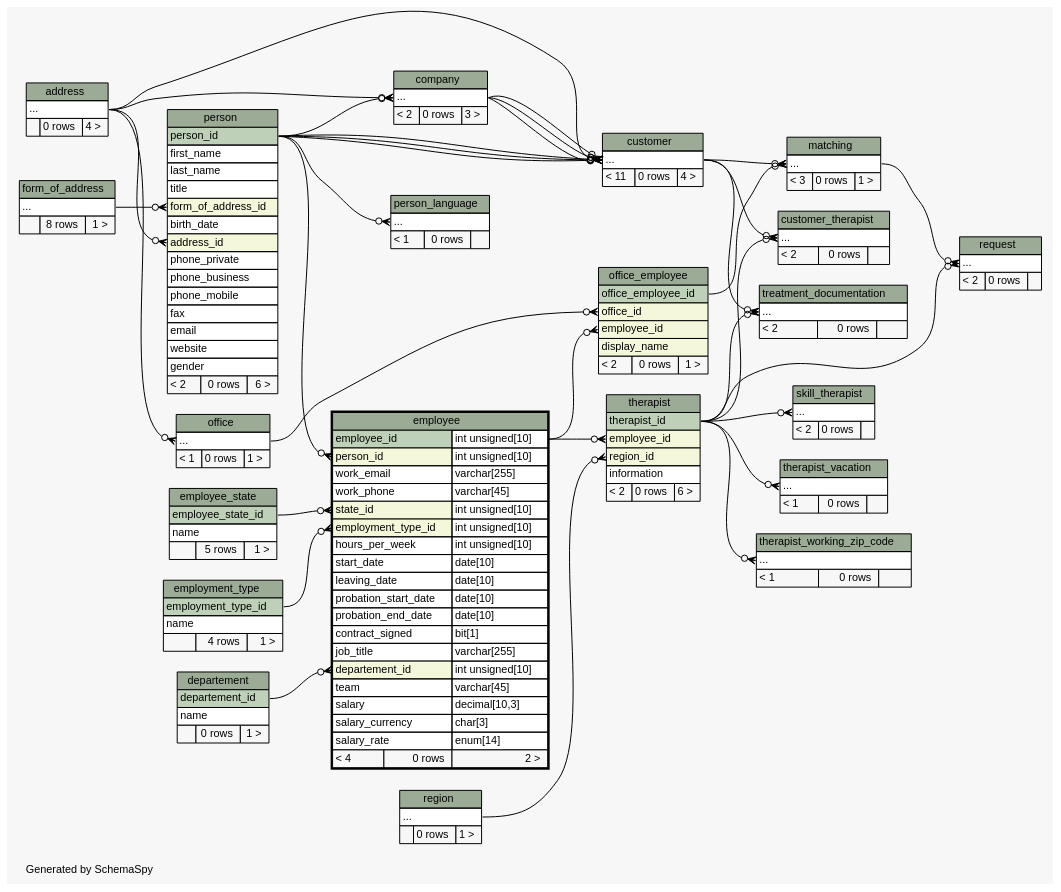
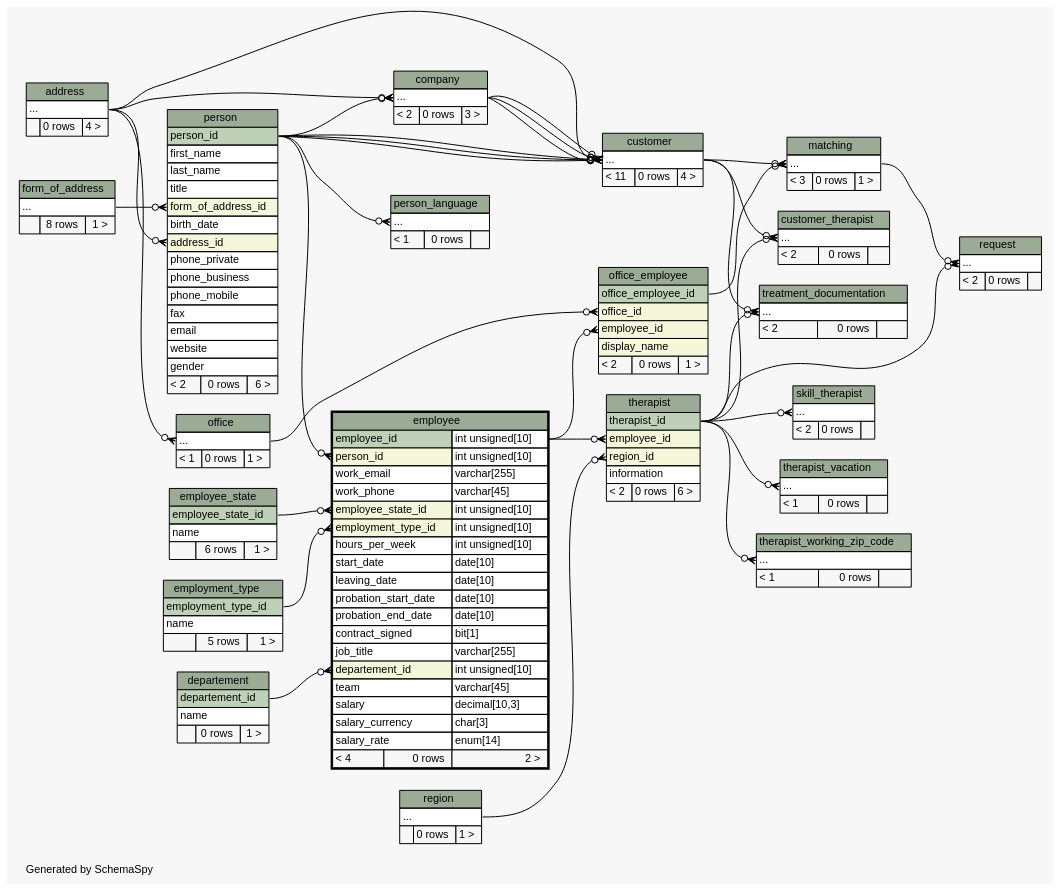
One commit to KaiBMP/KaiBMP.github.io changed the diagram in diagrams/employee.2degrees.dot. Above: the diagram before and after it, drawn with Graphviz. The commit also changed 87 other files, not shown here.

Commit message:
schemaspy update

```diff
--- a/diagrams/employee.2degrees.dot
+++ b/diagrams/employee.2degrees.dot
@@ -31,9 +31,9 @@
   "customer_therapist":"elipses":w -> "customer":"elipses":e [arrowhead=none dir=back arrowtail=crowodot];
   "customer_therapist":"elipses":w -> "therapist":"therapist_id":e [arrowhead=none dir=back arrowtail=crowodot];
   "employee":"departement_id":w -> "departement":"departement_id":e [arrowhead=none dir=back arrowtail=crowodot];
+  "employee":"employee_state_id":w -> "employee_state":"employee_state_id":e [arrowhead=none dir=back arrowtail=crowodot];
   "employee":"employment_type_id":w -> "employment_type":"employment_type_id":e [arrowhead=none dir=back arrowtail=crowodot];
   "employee":"person_id":w -> "person":"person_id":e [arrowhead=none dir=back arrowtail=crowodot];
-  "employee":"state_id":w -> "employee_state":"employee_state_id":e [arrowhead=none dir=back arrowtail=crowodot];
   "matching":"elipses":w -> "customer":"elipses":e [arrowhead=none dir=back arrowtail=crowodot];
   "matching":"elipses":w -> "office_employee":"office_employee_id":e [arrowhead=none dir=back arrowtail=crowodot];
   "office":"elipses":w -> "address":"elipses":e [arrowhead=none dir=back arrowtail=crowodot];
@@ -110,7 +110,7 @@
       <TR><TD PORT="person_id" COLSPAN="2" BGCOLOR="#f4f7da" ALIGN="LEFT">person_id</TD><TD PORT="person_id.type" ALIGN="LEFT">int unsigned[10]</TD></TR>
       <TR><TD PORT="work_email" COLSPAN="2" ALIGN="LEFT">work_email</TD><TD PORT="work_email.type" ALIGN="LEFT">varchar[255]</TD></TR>
       <TR><TD PORT="work_phone" COLSPAN="2" ALIGN="LEFT">work_phone</TD><TD PORT="work_phone.type" ALIGN="LEFT">varchar[45]</TD></TR>
-      <TR><TD PORT="state_id" COLSPAN="2" BGCOLOR="#f4f7da" ALIGN="LEFT">state_id</TD><TD PORT="state_id.type" ALIGN="LEFT">int unsigned[10]</TD></TR>
+      <TR><TD PORT="employee_state_id" COLSPAN="2" BGCOLOR="#f4f7da" ALIGN="LEFT">employee_state_id</TD><TD PORT="employee_state_id.type" ALIGN="LEFT">int unsigned[10]</TD></TR>
       <TR><TD PORT="employment_type_id" COLSPAN="2" BGCOLOR="#f4f7da" ALIGN="LEFT">employment_type_id</TD><TD PORT="employment_type_id.type" ALIGN="LEFT">int unsigned[10]</TD></TR>
       <TR><TD PORT="hours_per_week" COLSPAN="2" ALIGN="LEFT">hours_per_week</TD><TD PORT="hours_per_week.type" ALIGN="LEFT">int unsigned[10]</TD></TR>
       <TR><TD PORT="start_date" COLSPAN="2" ALIGN="LEFT">start_date</TD><TD PORT="start_date.type" ALIGN="LEFT">date[10]</TD></TR>
@@ -135,7 +135,7 @@
       <TR><TD COLSPAN="3" BGCOLOR="#9bab96" ALIGN="CENTER">employee_state</TD></TR>
       <TR><TD PORT="employee_state_id" COLSPAN="3" BGCOLOR="#bed1b8" ALIGN="LEFT">employee_state_id</TD></TR>
       <TR><TD PORT="name" COLSPAN="3" ALIGN="LEFT">name</TD></TR>
-      <TR><TD ALIGN="LEFT" BGCOLOR="#f7f7f7">  </TD><TD ALIGN="RIGHT" BGCOLOR="#f7f7f7">5 rows</TD><TD ALIGN="RIGHT" BGCOLOR="#f7f7f7">1 &gt;</TD></TR>
+      <TR><TD ALIGN="LEFT" BGCOLOR="#f7f7f7">  </TD><TD ALIGN="RIGHT" BGCOLOR="#f7f7f7">6 rows</TD><TD ALIGN="RIGHT" BGCOLOR="#f7f7f7">1 &gt;</TD></TR>
     </TABLE>>
     URL="employee_state.html"
     tooltip="employee_state"
@@ -146,7 +146,7 @@
       <TR><TD COLSPAN="3" BGCOLOR="#9bab96" ALIGN="CENTER">employment_type</TD></TR>
       <TR><TD PORT="employment_type_id" COLSPAN="3" BGCOLOR="#bed1b8" ALIGN="LEFT">employment_type_id</TD></TR>
       <TR><TD PORT="name" COLSPAN="3" ALIGN="LEFT">name</TD></TR>
-      <TR><TD ALIGN="LEFT" BGCOLOR="#f7f7f7">  </TD><TD ALIGN="RIGHT" BGCOLOR="#f7f7f7">4 rows</TD><TD ALIGN="RIGHT" BGCOLOR="#f7f7f7">1 &gt;</TD></TR>
+      <TR><TD ALIGN="LEFT" BGCOLOR="#f7f7f7">  </TD><TD ALIGN="RIGHT" BGCOLOR="#f7f7f7">5 rows</TD><TD ALIGN="RIGHT" BGCOLOR="#f7f7f7">1 &gt;</TD></TR>
     </TABLE>>
     URL="employment_type.html"
     tooltip="employment_type"
```
